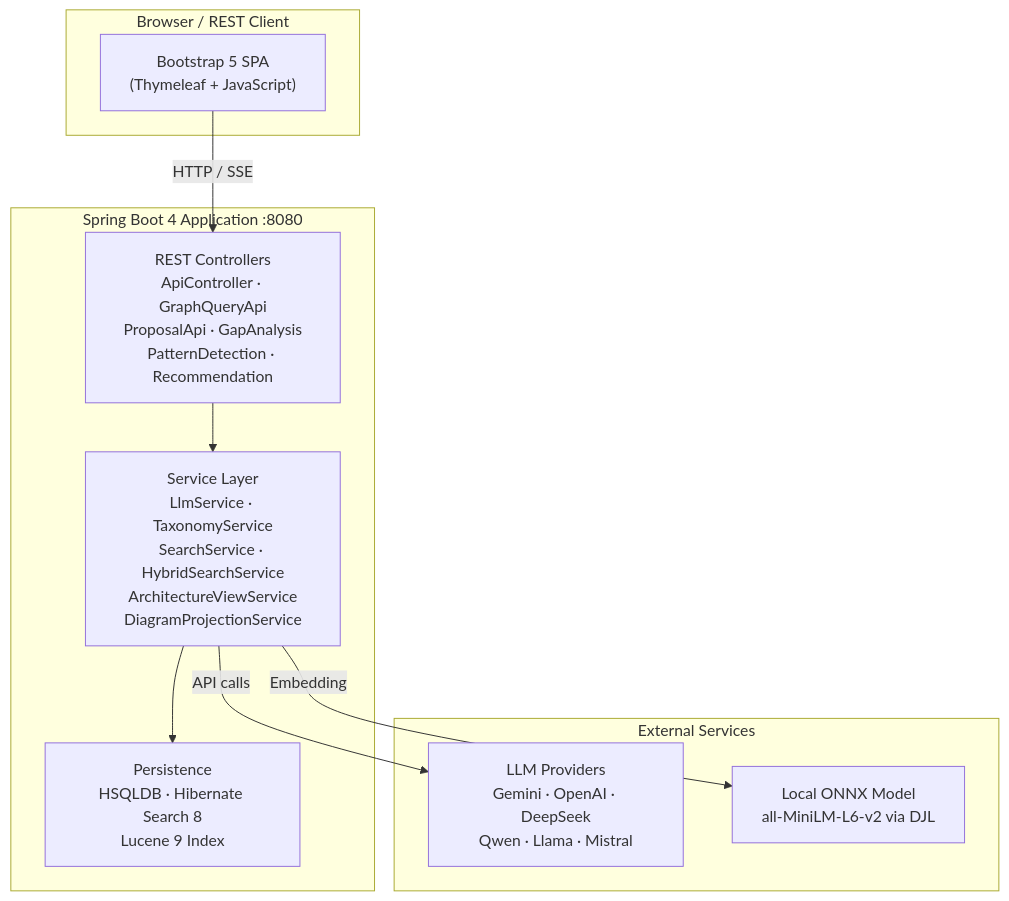
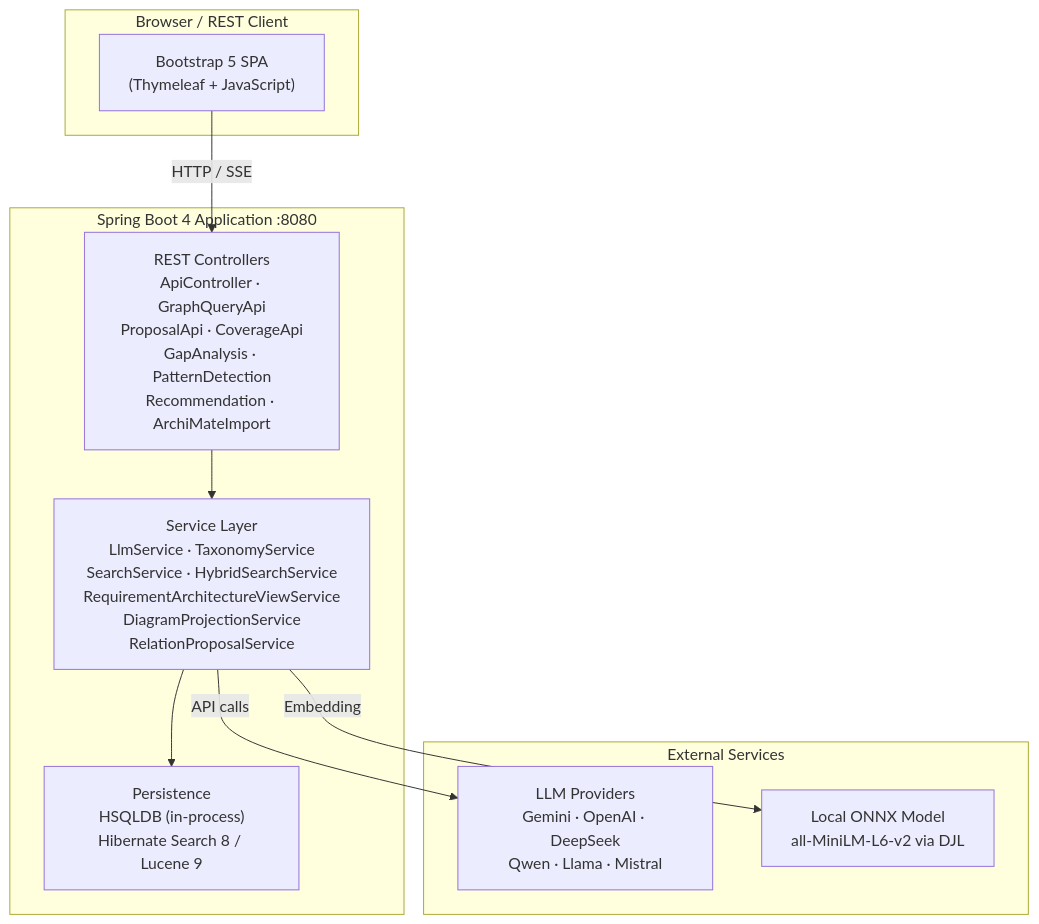
Before and after one commit to carstenartur/Taxonomy: the second of 2 diagrams in README.md, drawn with Mermaid.

Commit message:
docs: fix README.md system overview diagram (controller and service names)

````diff
--- a/README.md
+++ b/README.md
@@ -85,23 +85,23 @@
 ```mermaid
 graph TB
     subgraph Client["Browser / REST Client"]
         UI["Bootstrap 5 SPA<br/>(Thymeleaf + JavaScript)"]
     end
 
     subgraph App["Spring Boot 4 Application :8080"]
-        Controllers["REST Controllers<br/>ApiController · GraphQueryApi<br/>ProposalApi · GapAnalysis<br/>PatternDetection · Recommendation"]
-        Services["Service Layer<br/>LlmService · TaxonomyService<br/>SearchService · HybridSearchService<br/>ArchitectureViewService<br/>DiagramProjectionService"]
-        Persistence["Persistence<br/>HSQLDB · Hibernate Search 8<br/>Lucene 9 Index"]
+        Controllers["REST Controllers<br/>ApiController · GraphQueryApi<br/>ProposalApi · CoverageApi<br/>GapAnalysis · PatternDetection<br/>Recommendation · ArchiMateImport"]
+        Services["Service Layer<br/>LlmService · TaxonomyService<br/>SearchService · HybridSearchService<br/>RequirementArchitectureViewService<br/>DiagramProjectionService<br/>RelationProposalService"]
+        Persistence["Persistence<br/>HSQLDB (in-process)<br/>Hibernate Search 8 / Lucene 9"]
     end
 
     subgraph External["External Services"]
         LLM["LLM Providers<br/>Gemini · OpenAI · DeepSeek<br/>Qwen · Llama · Mistral"]
         LocalModel["Local ONNX Model<br/>all-MiniLM-L6-v2 via DJL"]
     end
 
     UI -->|HTTP / SSE| Controllers
     Controllers --> Services
     Services --> Persistence
     Services -->|API calls| LLM
     Services -->|Embedding| LocalModel
 ```
````
